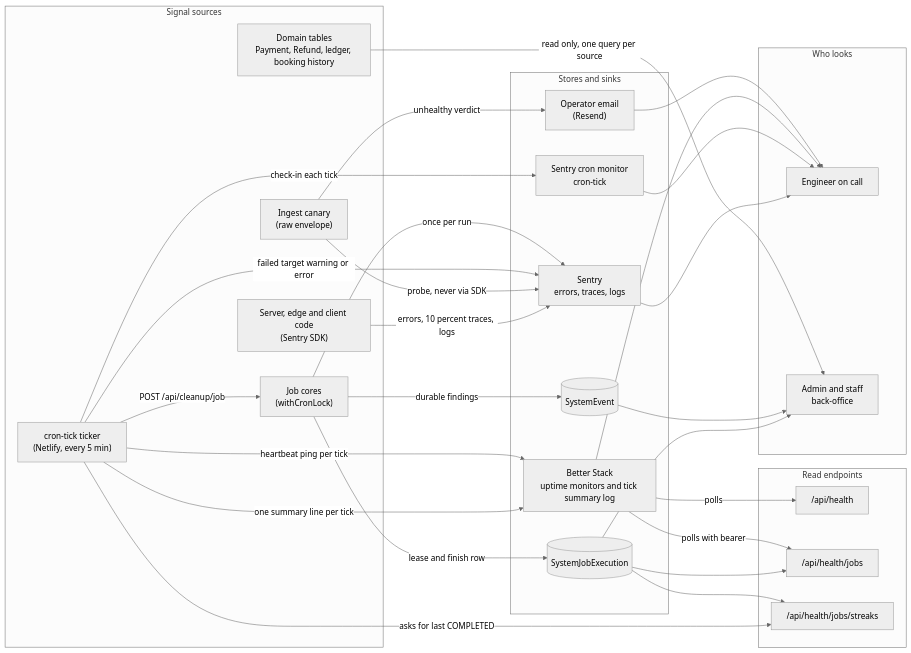
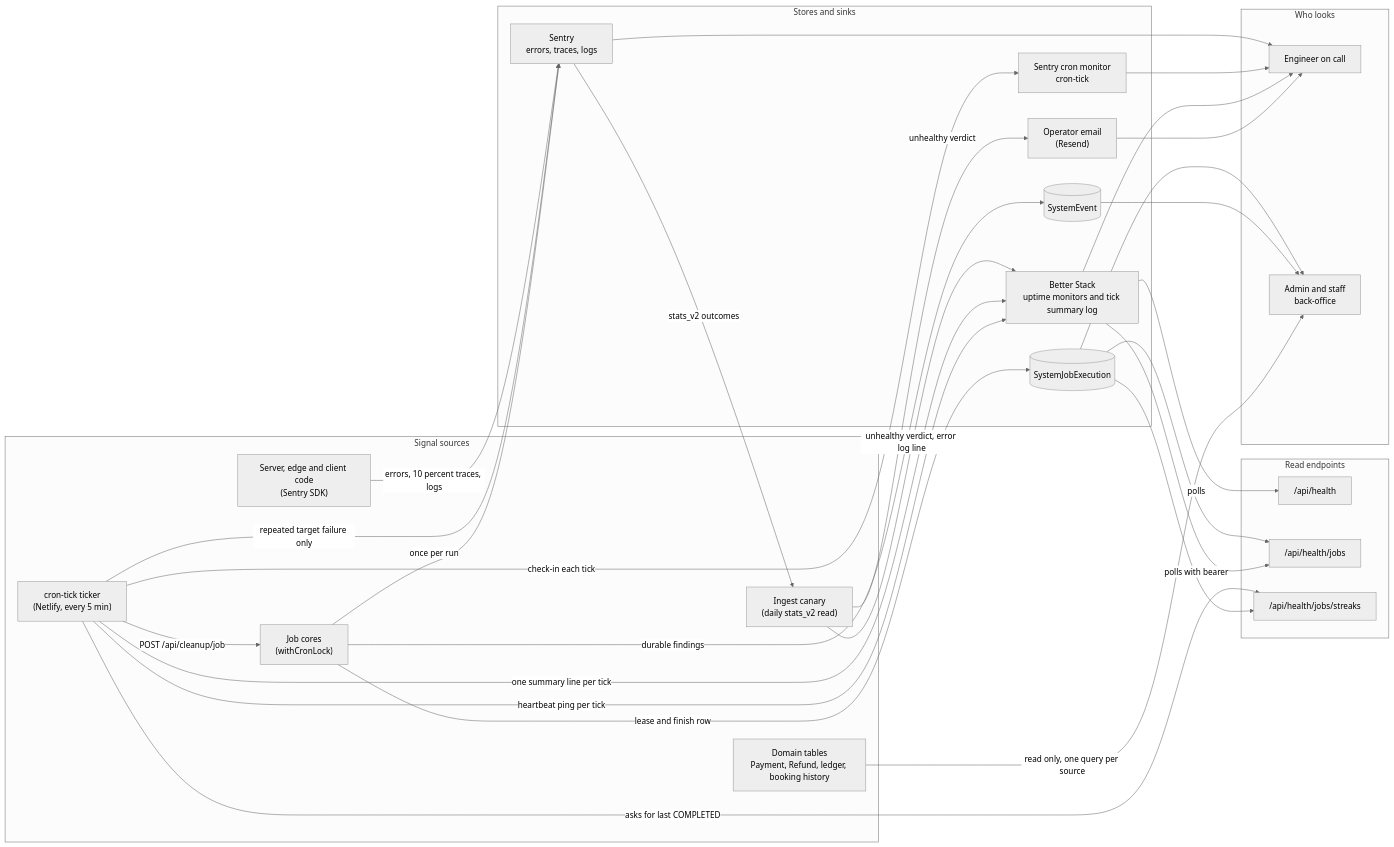
One commit to Practitionist/familiarise_web changed the diagram in docs/observability/00-system-design.md. Above: the diagram before and after it, drawn with Mermaid (neutral theme). The commit also changed other lines of this file and 45 other files, not shown here.

First line of the commit message:
fix(observability): Sentry escalations only — one-offs to logs, config skips and findings to the console, canary off the error quota (#2466)

````diff
--- a/docs/observability/00-system-design.md
+++ b/docs/observability/00-system-design.md
@@ -28,54 +28,55 @@
 ```mermaid
 flowchart LR
     subgraph Sources["Signal sources"]
         APP["Server, edge and client code<br/>(Sentry SDK)"]
-        CANARY["Ingest canary<br/>(raw envelope)"]
+        CANARY["Ingest canary<br/>(daily stats_v2 read)"]
         TICK["cron-tick ticker<br/>(Netlify, every 5 min)"]
         JOBS["Job cores<br/>(withCronLock)"]
         DOMAIN["Domain tables<br/>Payment, Refund, ledger, booking history"]
     end
 
     subgraph Stores["Stores and sinks"]
         SENTRY["Sentry<br/>errors, traces, logs"]
         MONITOR["Sentry cron monitor<br/>cron-tick"]
         BS["Better Stack<br/>uptime monitors and tick summary log"]
         SJE[("SystemJobExecution")]
         SE[("SystemEvent")]
         MAIL["Operator email<br/>(Resend)"]
     end
 
     subgraph Probes["Read endpoints"]
         H1["/api/health"]
         H2["/api/health/jobs"]
         H3["/api/health/jobs/streaks"]
     end
 
     subgraph Humans["Who looks"]
         ENG["Engineer on call"]
         OPS["Admin and staff<br/>back-office"]
     end
 
     APP -->|errors, 10 percent traces, logs| SENTRY
-    CANARY -->|probe, never via SDK| SENTRY
+    SENTRY -->|stats_v2 outcomes| CANARY
     CANARY -->|unhealthy verdict| MAIL
+    CANARY -->|unhealthy verdict, error log line| BS
     TICK -->|check-in each tick| MONITOR
     TICK -->|one summary line per tick| BS
     TICK -->|heartbeat ping per tick| BS
-    TICK -->|failed target warning or error| SENTRY
+    TICK -->|repeated target failure only| SENTRY
     TICK -->|asks for last COMPLETED| H3
     TICK -->|POST /api/cleanup/job| JOBS
     JOBS -->|lease and finish row| SJE
     JOBS -->|durable findings| SE
     JOBS -->|once per run| SENTRY
     SJE --> H2
     SJE --> H3
     BS -->|polls| H1
     BS -->|polls with bearer| H2
     SENTRY --> ENG
     MONITOR --> ENG
     BS --> ENG
     MAIL --> ENG
     SJE --> OPS
     SE --> OPS
     DOMAIN -->|read only, one query per source| OPS
 ```
````
